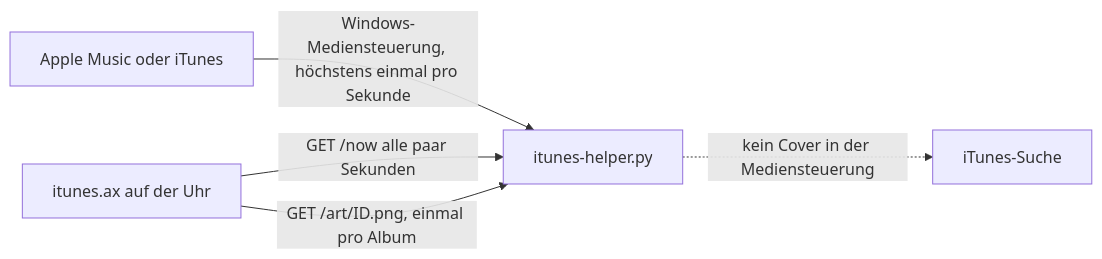
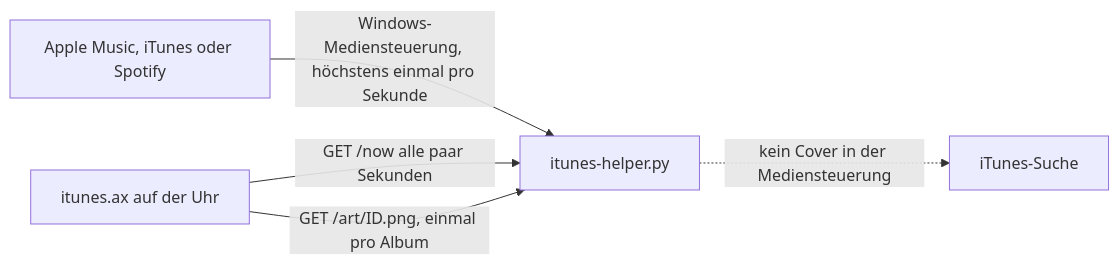
The diagram in README.md (Tixima/awtrix-applemusic-win), drawn with Mermaid before and after one commit. The commit also changed other lines of this file and 11 other files, not shown here.

First line of the commit message:
Spotify über die Windows-Mediensteuerung mitlesen

````diff
--- a/README.md
+++ b/README.md
@@ -122,7 +122,7 @@
 ```mermaid
 flowchart LR
-  A["Apple Music oder iTunes"] -- "Windows-Mediensteuerung, höchstens einmal pro Sekunde" --> H["itunes-helper.py"]
+  A["Apple Music, iTunes oder Spotify"] -- "Windows-Mediensteuerung, höchstens einmal pro Sekunde" --> H["itunes-helper.py"]
   C["itunes.ax auf der Uhr"] -- "GET /now alle paar Sekunden" --> H
   C -- "GET /art/ID.png, einmal pro Album" --> H
   H -. "kein Cover in der Mediensteuerung" .-> S["iTunes-Suche"]
 ```
````
